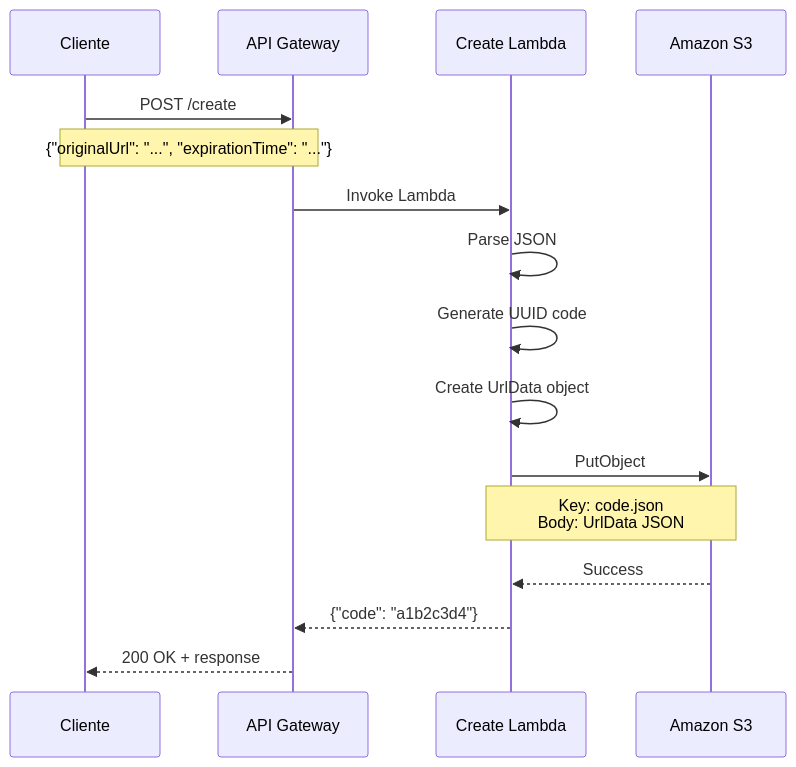
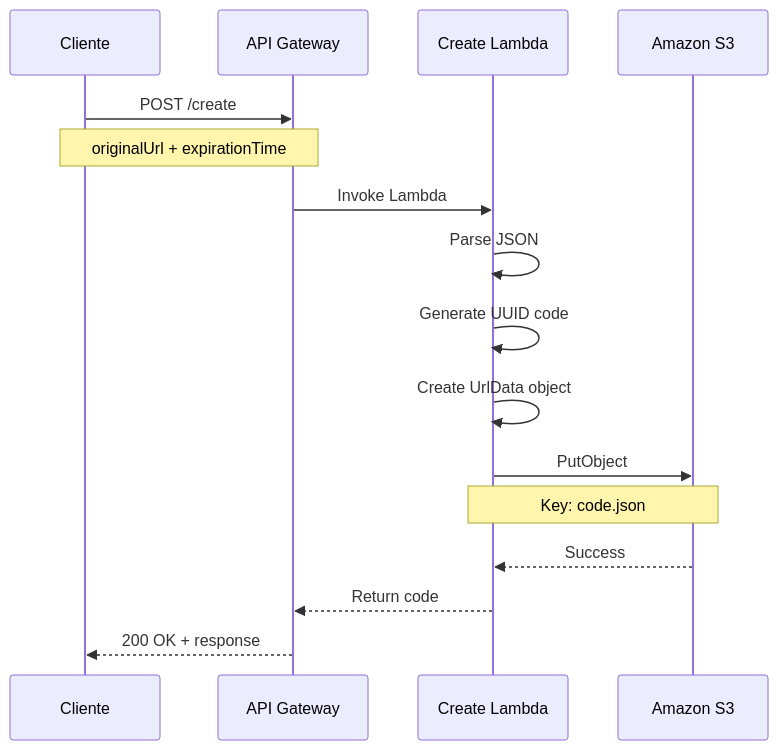
Before and after one commit to Alan-oliveir/URL_Shortener_System: the fourth of 5 diagrams in docs/architecture.md, drawn with Mermaid. The commit also changed other lines of this file and 12 other files, not shown here.

````diff
--- a/docs/architecture.md
+++ b/docs/architecture.md
@@ -161,22 +165,22 @@
 ```mermaid
 sequenceDiagram
     participant C as Cliente
     participant AG as API Gateway
     participant L1 as Create Lambda
     participant S3 as Amazon S3
     
     C->>AG: POST /create
-    Note over C,AG: {"originalUrl": "...", "expirationTime": "..."}
+    Note over C,AG: originalUrl + expirationTime
     
     AG->>L1: Invoke Lambda
     L1->>L1: Parse JSON
     L1->>L1: Generate UUID code
     L1->>L1: Create UrlData object
     
     L1->>S3: PutObject
-    Note over L1,S3: Key: code.json<br/>Body: UrlData JSON
+    Note over L1,S3: Key: code.json
     
     S3-->>L1: Success
-    L1-->>AG: {"code": "a1b2c3d4"}
+    L1-->>AG: Return code
     AG-->>C: 200 OK + response
 ```
````
